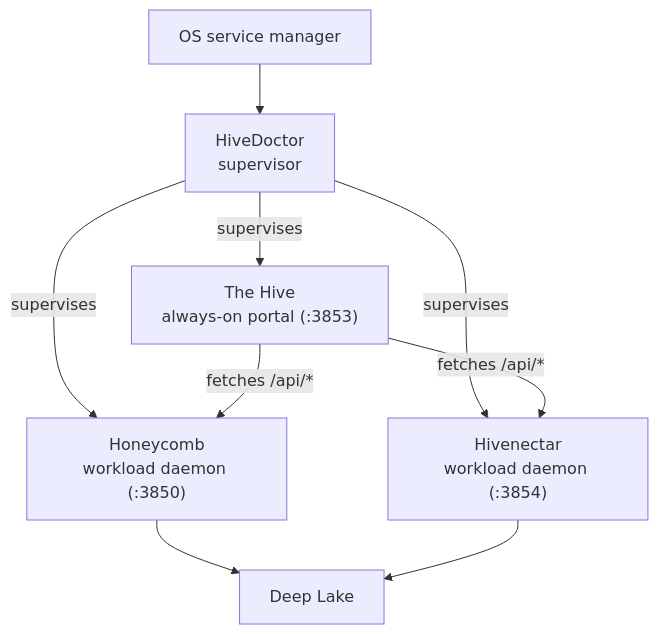
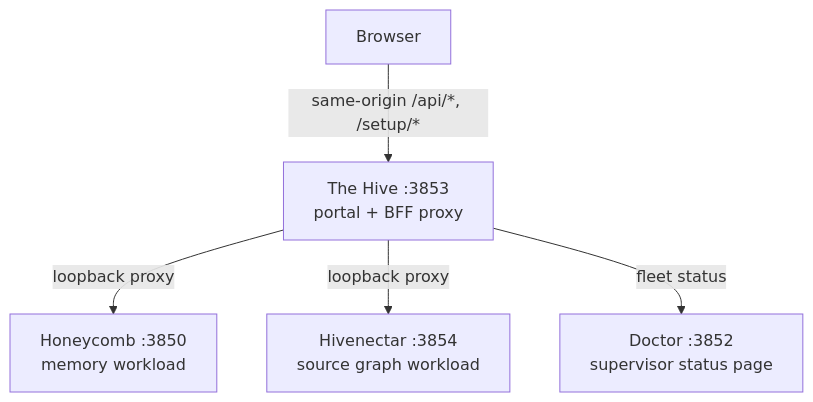
The diagram in README.md (legioncodeinc/hive), drawn with Mermaid before and after one commit. The commit also changed other lines of this file and 13 other files, not shown here.

````diff
--- a/README.md
+++ b/README.md
@@ -60,11 +187,7 @@
 ```mermaid
 flowchart TD
-    os["OS service manager"] --> doctor["HiveDoctor<br/>supervisor"]
-    doctor -->|supervises| hive["The Hive<br/>always-on portal (:3853)"]
-    doctor -->|supervises| comb["Honeycomb<br/>workload daemon (:3850)"]
-    doctor -->|supervises| nectar["Hivenectar<br/>workload daemon (:3854)"]
-    hive -->|fetches /api/*| comb
-    hive -->|fetches /api/*| nectar
-    comb --> deeplake["Deep Lake"]
-    nectar --> deeplake
+    browser["Browser"] -->|"same-origin /api/*, /setup/*"| hive["The Hive :3853<br/>portal + BFF proxy"]
+    hive -->|"loopback proxy"| comb["Honeycomb :3850<br/>memory workload"]
+    hive -->|"loopback proxy"| nectar["Hivenectar :3854<br/>source graph workload"]
+    hive -->|"fleet status"| doctor["Doctor :3852<br/>supervisor status page"]
 ```
````
